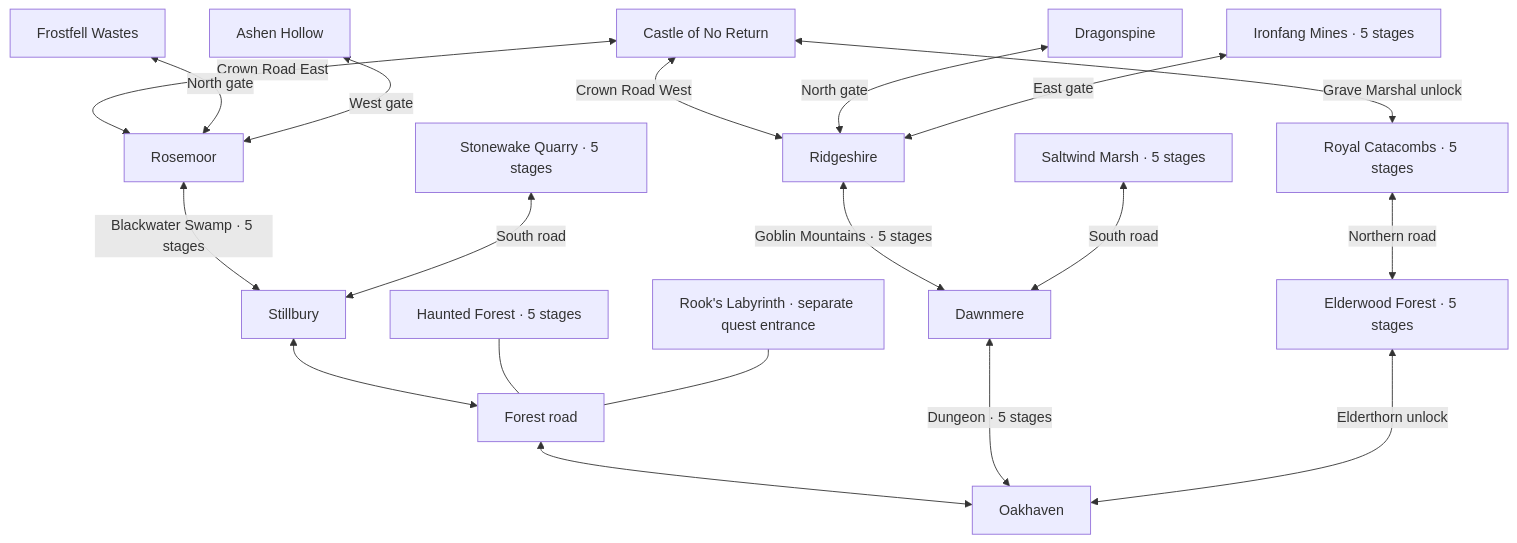
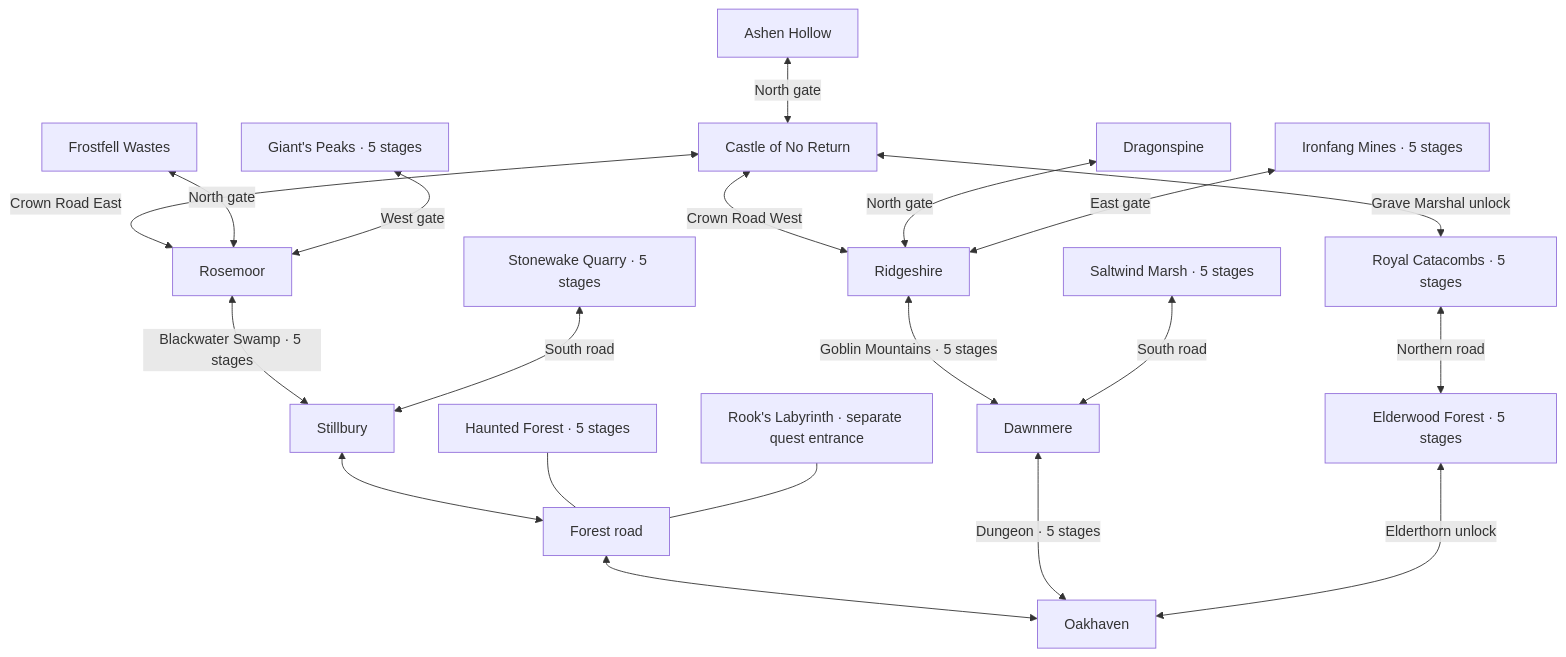
The diagram in docs/five-town-expansion.md (christsantiris/c_rpg), drawn with Mermaid before and after one commit. The commit also changed other lines of this file and 65 other files, not shown here.

````diff
--- a/docs/five-town-expansion.md
+++ b/docs/five-town-expansion.md
@@ -10,21 +10,22 @@
 ```mermaid
 flowchart BT
     Oak[Oakhaven] <--> Road[Forest road]
     Road <--> Still[Stillbury]
     Road --- Forest[Haunted Forest · 5 stages]
     Road --- Maze[Rook's Labyrinth · separate quest entrance]
     Still <-->|Blackwater Swamp · 5 stages| Rose[Rosemoor]
     Rose <-->|Crown Road East| Castle[Castle of No Return]
     Oak <-->|Dungeon · 5 stages| Dawn[Dawnmere]
     Dawn <-->|Goblin Mountains · 5 stages| Ridge[Ridgeshire]
     Dawn <-->|South road| Salt[Saltwind Marsh · 5 stages]
     Still <-->|South road| Quarry[Stonewake Quarry · 5 stages]
     Ridge <-->|Crown Road West| Castle
     Oak <-->|Elderthorn unlock| Elder[Elderwood Forest · 5 stages]
     Elder <-->|Northern road| Cat[Royal Catacombs · 5 stages]
     Cat <-->|Grave Marshal unlock| Castle
     Rose <-->|North gate| Frost[Frostfell Wastes]
     Ridge <-->|North gate| Dragon[Dragonspine]
     Ridge <-->|East gate| Iron[Ironfang Mines · 5 stages]
-    Rose <-->|West gate| Ashen[Ashen Hollow]
+    Castle <-->|North gate| Ashen[Ashen Hollow]
+    Rose <-->|West gate| Giants[Giant's Peaks · 5 stages]
 ```
````
